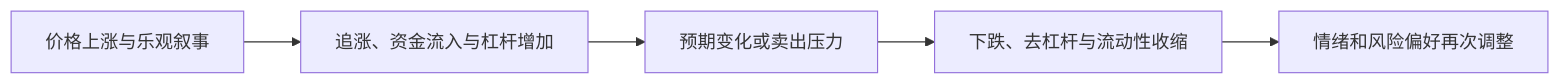
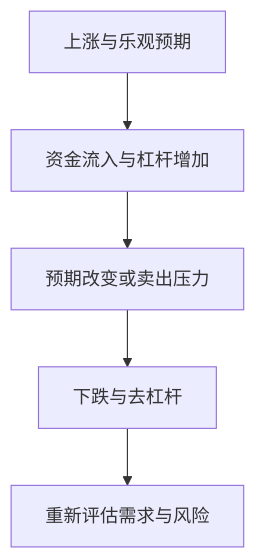
One commit to linshenwuqi/global-finance-infrastructure changed the diagram in 03-第三篇｜Crypto与链上金融/16-Crypto投资周期与风险.md. Above: the diagram before and after it, drawn with Mermaid. The commit also changed other lines of this file and 20 other files, not shown here.

````diff
--- a/03-第三篇｜Crypto与链上金融/16-Crypto投资周期与风险.md
+++ b/03-第三篇｜Crypto与链上金融/16-Crypto投资周期与风险.md
@@ -172,7 +43,7 @@
 ```mermaid
-flowchart LR
-    A["价格上涨与乐观叙事"] --> B["追涨、资金流入与杠杆增加"]
-    B --> C["预期变化或卖出压力"]
-    C --> D["下跌、去杠杆与流动性收缩"]
-    D --> E["情绪和风险偏好再次调整"]
+flowchart TB
+  A[上涨与乐观预期] --> B[资金流入与杠杆增加]
+  B --> C[预期改变或卖出压力]
+  C --> D[下跌与去杠杆]
+  D --> E[重新评估需求与风险]
 ```
````
